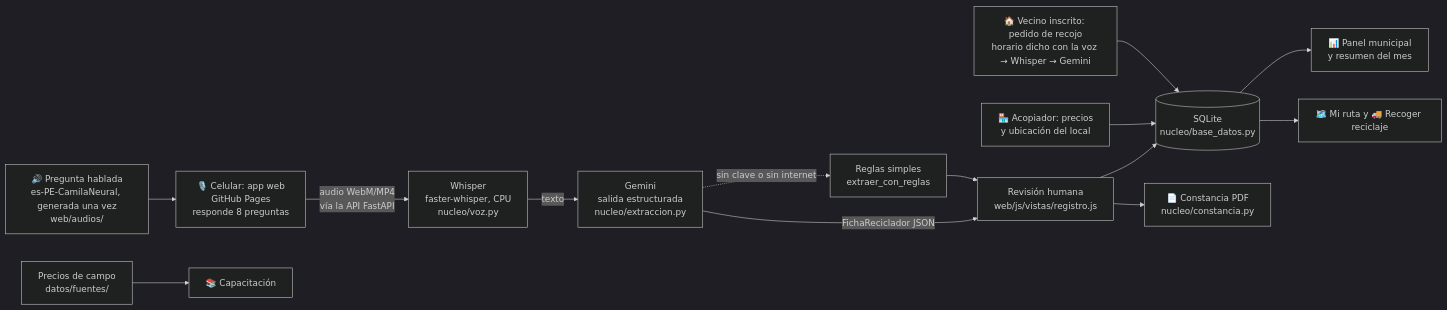
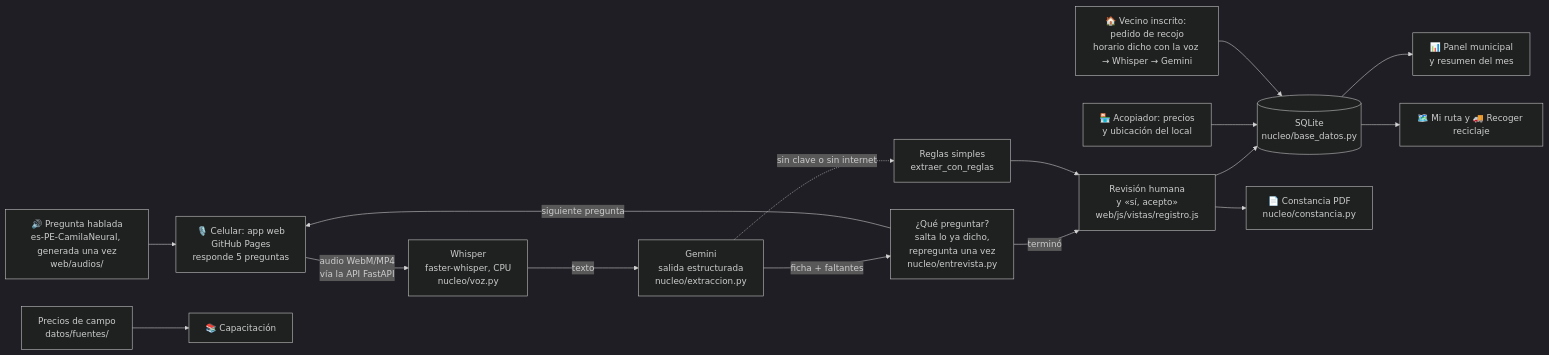
Before and after one commit to grey-d18/proyecto_final: the diagram in README.md, drawn with Mermaid (dark theme). The commit also changed other lines of this file and 1 other file, not shown here.

Commit message:
README al día con el registro de 5 preguntas, la entrevista y las pruebas

````diff
--- a/README.md
+++ b/README.md
@@ -128,16 +129,18 @@
 ```mermaid
 flowchart LR
     Q[🔊 Pregunta hablada<br>es-PE-CamilaNeural, generada una vez<br>web/audios/] --> A
-    A[🎙️ Celular: app web<br>GitHub Pages<br>responde 8 preguntas] -->|audio WebM/MP4<br>vía la API FastAPI| B[Whisper<br>faster-whisper, CPU<br>nucleo/voz.py]
+    A[🎙️ Celular: app web<br>GitHub Pages<br>responde 5 preguntas] -->|audio WebM/MP4<br>vía la API FastAPI| B[Whisper<br>faster-whisper, CPU<br>nucleo/voz.py]
     B -->|texto| C[Gemini<br>salida estructurada<br>nucleo/extraccion.py]
-    C -->|FichaReciclador JSON| D[Revisión humana<br>web/js/vistas/registro.js]
+    C -->|ficha + faltantes| N[¿Qué preguntar?<br>salta lo ya dicho,<br>repregunta una vez<br>nucleo/entrevista.py]
+    N -->|siguiente pregunta| A
+    N -->|terminó| D[Revisión humana<br>y «sí, acepto»<br>web/js/vistas/registro.js]
     D --> E[(SQLite<br>nucleo/base_datos.py)]
     D --> F[📄 Constancia PDF<br>nucleo/constancia.py]
     E --> G[📊 Panel municipal<br>y resumen del mes]
     H[Precios de campo<br>datos/fuentes/] --> I[📚 Capacitación]
     K[🏪 Acopiador: precios<br>y ubicación del local] --> E
     L[🏠 Vecino inscrito: pedido de recojo<br>horario dicho con la voz → Whisper → Gemini] --> E
     E --> M[🗺️ Mi ruta y 🚚 Recoger reciclaje]
     C -.sin clave o sin internet.-> J[Reglas simples<br>extraer_con_reglas]
     J --> D
 ```
````
